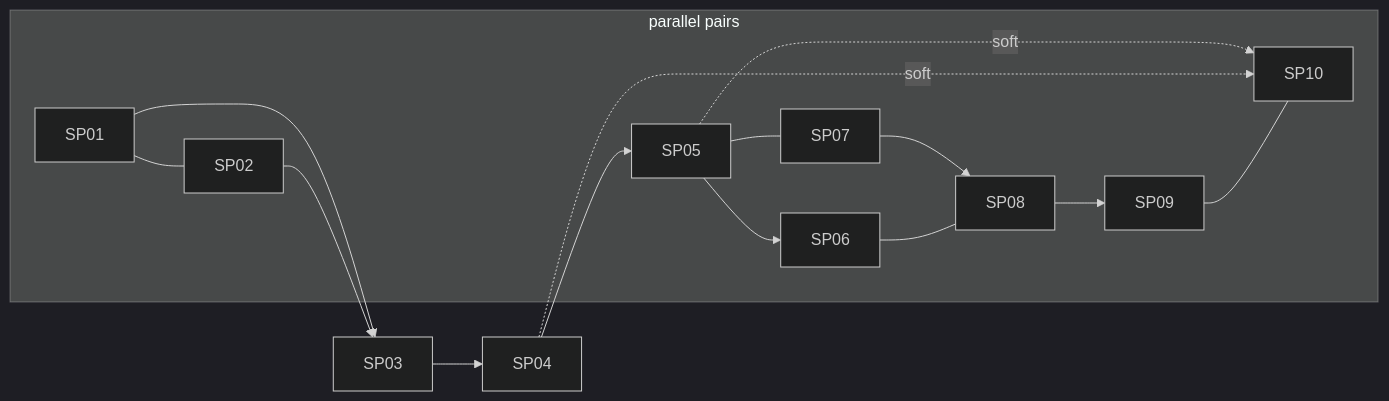
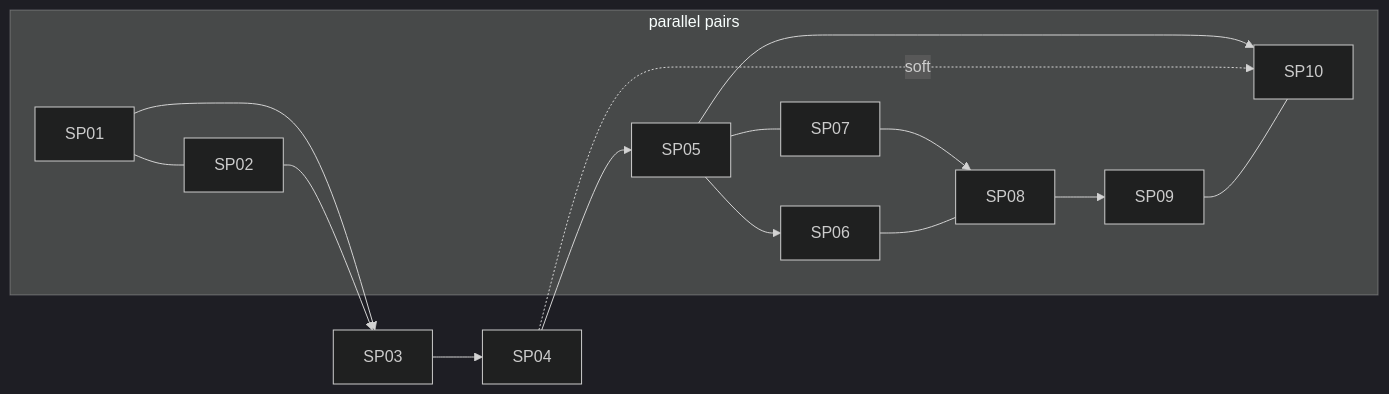
The diagram in docs/agent_files/users-tejitpabari-crontick-improvements-20261007-0034/README.md (tejitpabari99/crontick), drawn with Mermaid (dark theme) before and after one commit. The commit also changed other lines of this file and 10 other files, not shown here.

````diff
--- a/docs/agent_files/users-tejitpabari-crontick-improvements-20261007-0034/README.md
+++ b/docs/agent_files/users-tejitpabari-crontick-improvements-20261007-0034/README.md
@@ -34,16 +34,16 @@
 ```mermaid
 graph LR
   SP01 --> SP03
   SP02 --> SP03
   SP03 --> SP04 --> SP05
   SP05 --> SP06
   SP07 --> SP08 --> SP09
-  SP05 -.soft.-> SP10
+  SP05 --> SP10
   SP04 -.soft.-> SP10
   subgraph "parallel pairs"
     SP01 --- SP02
     SP05 --- SP07
     SP06 --- SP08
     SP09 --- SP10
   end
 ```
````
